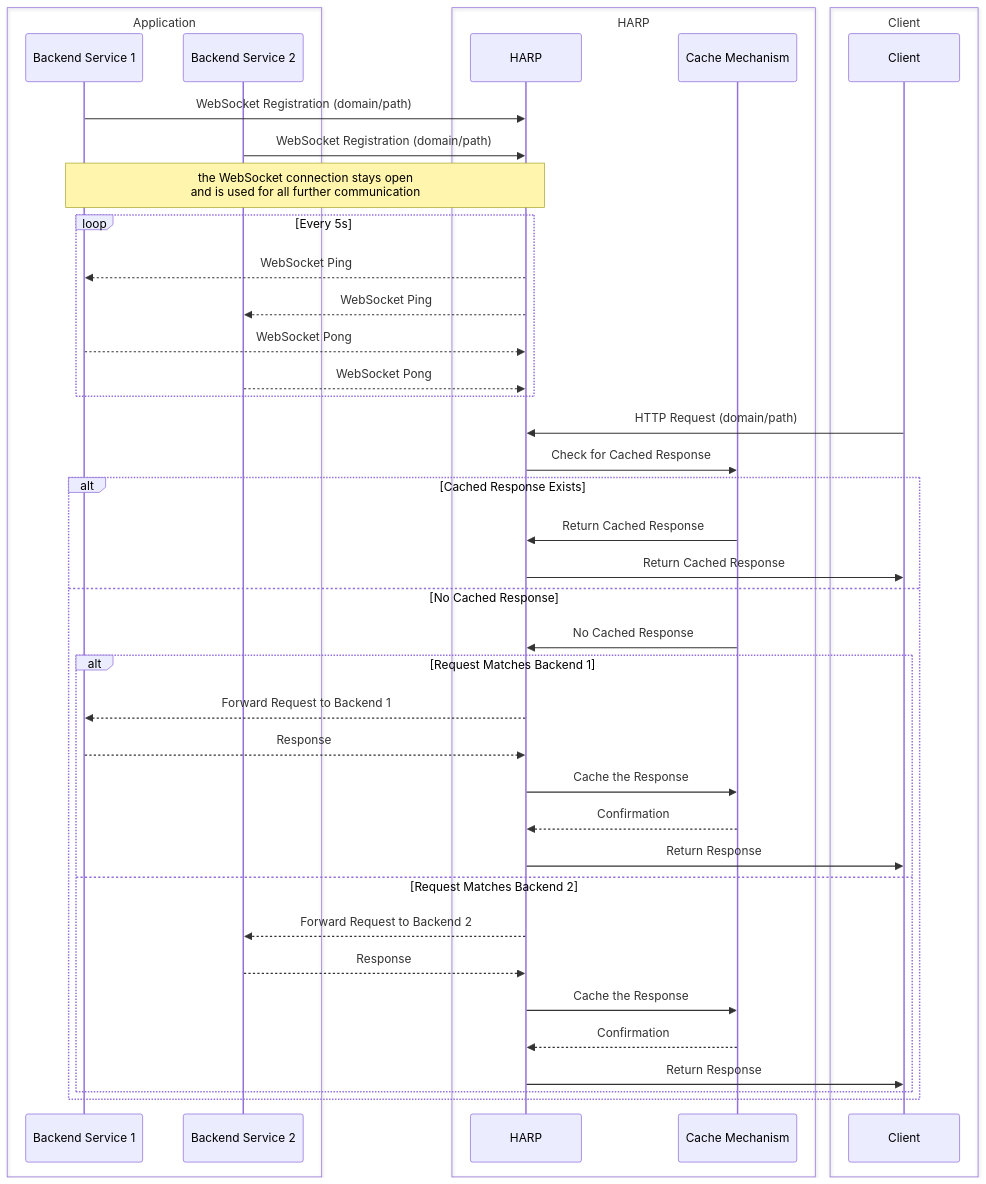
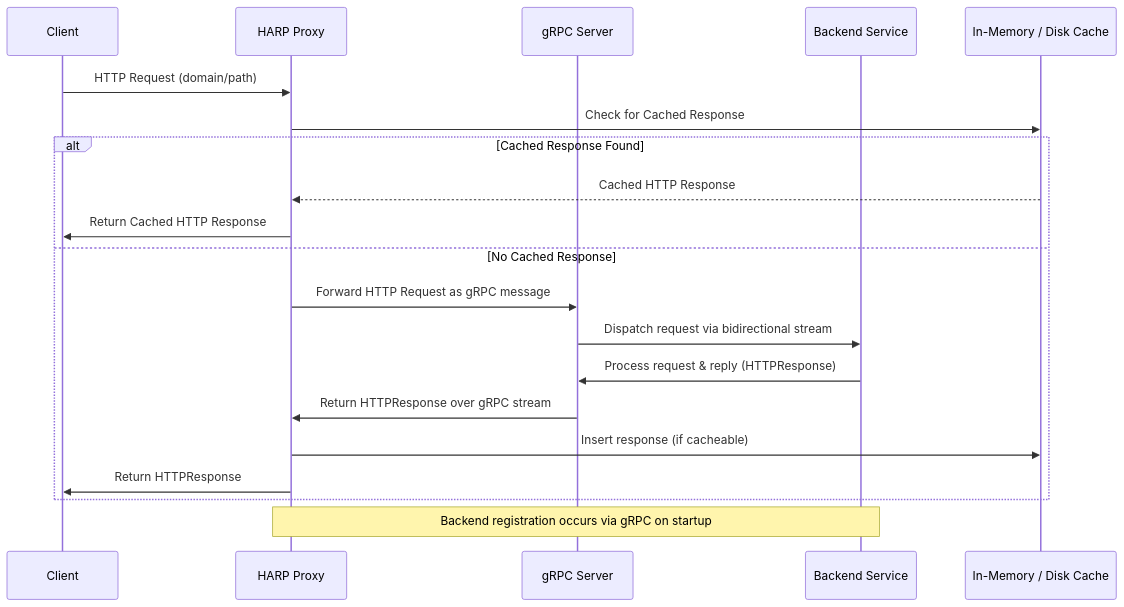
Before and after one commit to SimonWaldherr/HARP: the diagram in README.md, drawn with Mermaid. The commit also changed other lines of this file and 16 other files, not shown here.

````diff
--- a/README.md
+++ b/README.md
@@ -41,48 +59,24 @@
 ```mermaid
 sequenceDiagram
-    box Application
-    participant B1 as Backend Service 1
-    participant B2 as Backend Service 2
+    participant Client as Client
+    participant HARP as HARP Proxy
+    participant GRPC as gRPC Server
+    participant Backend as Backend Service
+    participant Cache as In-Memory / Disk Cache
+
+    Client->>HARP: HTTP Request (domain/path)
+    HARP->>Cache: Check for Cached Response
+    alt Cached Response Found
+        Cache-->>HARP: Cached HTTP Response
+        HARP->>Client: Return Cached HTTP Response
+    else No Cached Response
+        HARP->>GRPC: Forward HTTP Request as gRPC message
+        GRPC->>Backend: Dispatch request via bidirectional stream
+        Backend->>GRPC: Process request & reply (HTTPResponse)
+        GRPC->>HARP: Return HTTPResponse over gRPC stream
+        HARP->>Cache: Insert response (if cacheable)
+        HARP->>Client: Return HTTPResponse
     end
-    box HARP
-    participant H as HARP
-    participant CM as Cache Mechanism
-    end
-    
-    box Client
-    participant C as Client
-    end
- 
-    B1->>H: WebSocket Registration (domain/path)
-    B2->>H: WebSocket Registration (domain/path)
-    Note over B1,H: the WebSocket connection stays open<br/>and is used for all further communication
- 
-    loop Every 5s
-        H-->>B1: WebSocket Ping
-        H-->>B2: WebSocket Ping
-        B1-->>H: WebSocket Pong
-        B2-->>H: WebSocket Pong
-    end
- 
-    C->>H: HTTP Request (domain/path)
-    H->>CM: Check for Cached Response
-    alt Cached Response Exists
-        CM->>H: Return Cached Response
-        H->>C: Return Cached Response
-    else No Cached Response
-        CM->>H: No Cached Response
-        alt Request Matches Backend 1
-            H-->>B1: Forward Request to Backend 1
-            B1-->>H: Response
-            H->>CM: Cache the Response
-            CM-->>H: Confirmation
-            H->>C: Return Response
-        else Request Matches Backend 2
-            H-->>B2: Forward Request to Backend 2
-            B2-->>H: Response
-            H->>CM: Cache the Response
-            CM-->>H: Confirmation
-            H->>C: Return Response
-        end
-    end
+
+    note over Backend,HARP: Backend registration occurs via gRPC on startup
 ```
````
